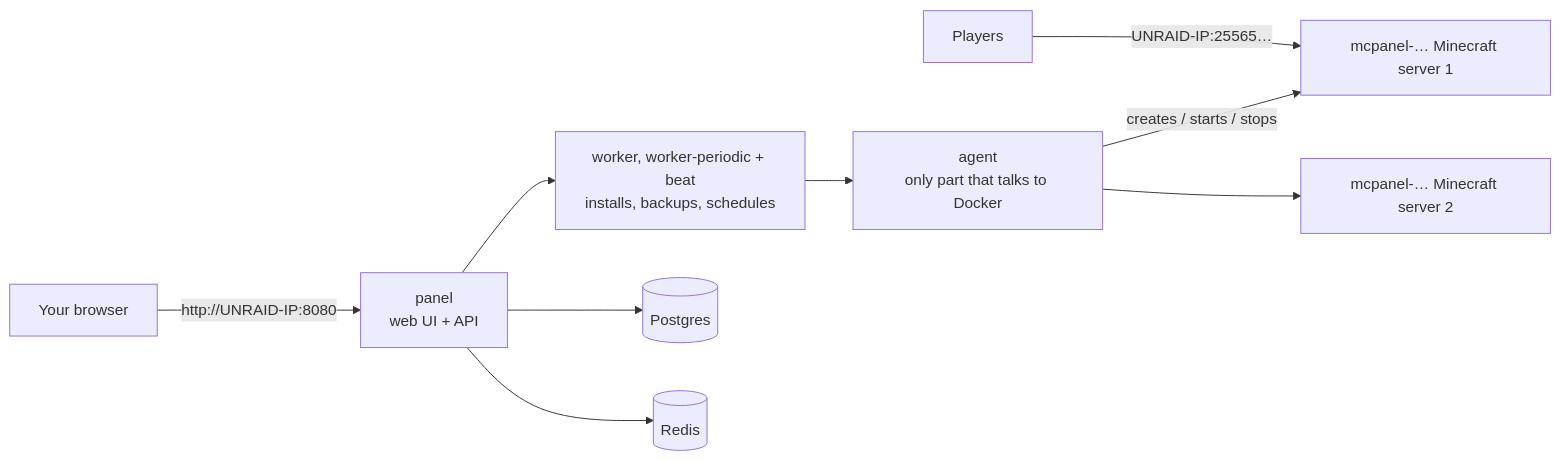
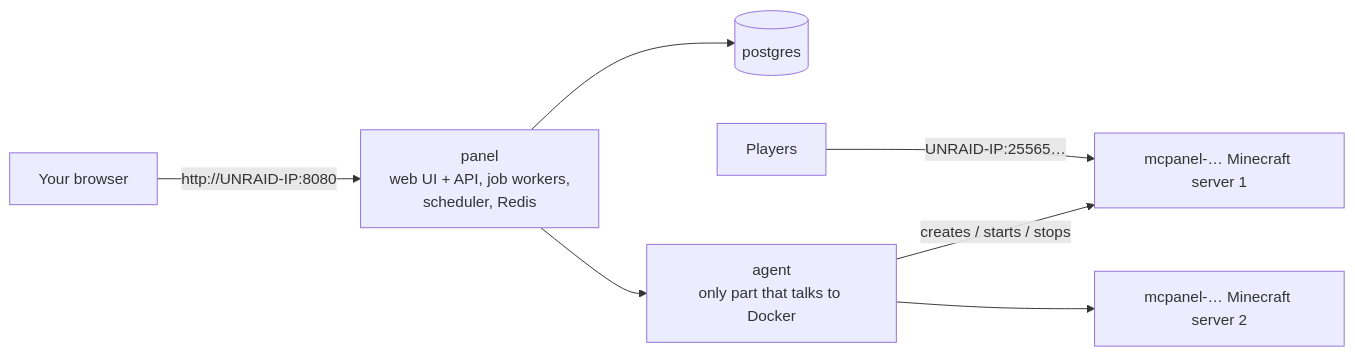
The diagram in docs/QUICKSTART-UNRAID.md (cj7s1/mcserver), drawn with Mermaid before and after one commit. The commit also changed other lines of this file and 82 other files, not shown here.

First line of the commit message:
One panel container with Redis inside, no container for a stopped server, upgrade script; first review fixes

````diff
--- a/docs/QUICKSTART-UNRAID.md
+++ b/docs/QUICKSTART-UNRAID.md
@@ -21,11 +21,9 @@
 ```mermaid
 flowchart LR
-  B[Your browser] -->|http://UNRAID-IP:8080| P[panel<br/>web UI + API]
-  P --> W[worker, worker-periodic + beat<br/>installs, backups, schedules]
-  P --> DB[(Postgres)]
-  P --> R[(Redis)]
-  W --> A[agent<br/>only part that talks to Docker]
+  B[Your browser] -->|http://UNRAID-IP:8080| P[panel<br/>web UI + API, job workers,<br/>scheduler, Redis]
+  P --> DB[(postgres)]
+  P --> A[agent<br/>only part that talks to Docker]
   A -->|creates / starts / stops| MC1[mcpanel-… Minecraft server 1]
   A --> MC2[mcpanel-… Minecraft server 2]
   F[Players] -->|UNRAID-IP:25565…| MC1
 ```
````
